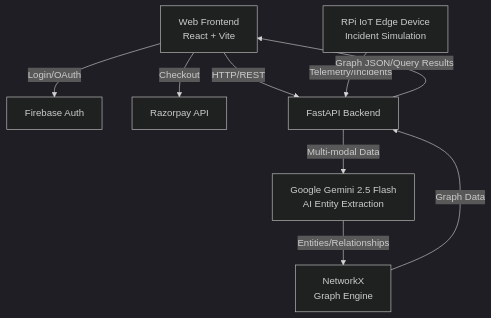
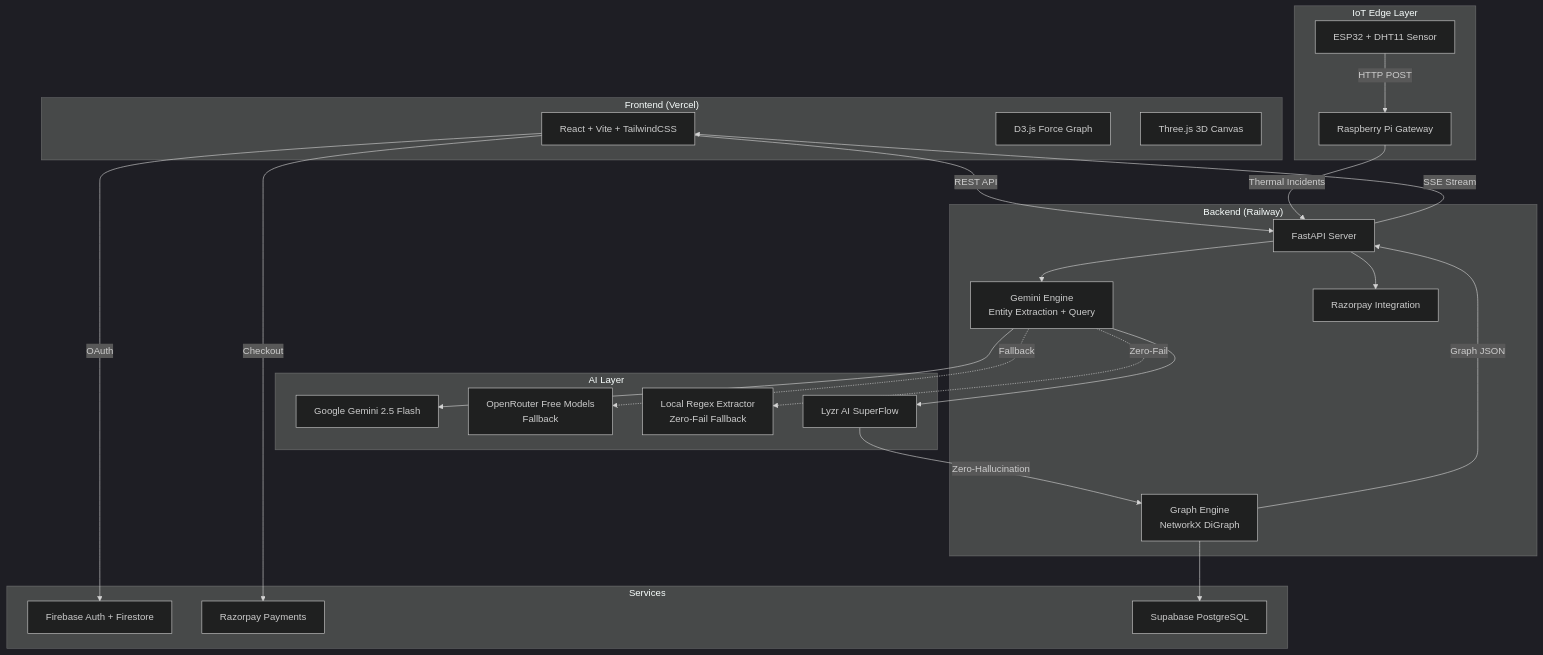
Before and after one commit to hemant12578/nexusiq: the diagram in README.md, drawn with Mermaid (dark theme). The commit also changed other lines of this file and 29 other files, not shown here.

````diff
--- a/README.md
+++ b/README.md
@@ -49,29 +76,49 @@
 ```mermaid
 graph TD
-    %% User Interfaces
-    Client[Web Frontend<br/>React + Vite]
-    IoT[RPi IoT Edge Device<br/>Incident Simulation]
+    subgraph "Frontend (Vercel)"
+        UI[React + Vite + TailwindCSS]
+        D3[D3.js Force Graph]
+        THREE[Three.js 3D Canvas]
+    end
 
-    %% Authentication & Payments
-    Auth[Firebase Auth]
-    Payment[Razorpay API]
-    
-    %% API Gateway / Backend
-    Backend[FastAPI Backend]
+    subgraph "Backend (Railway)"
+        API[FastAPI Server]
+        GE[Gemini Engine<br/>Entity Extraction + Query]
+        GR[Graph Engine<br/>NetworkX DiGraph]
+        RZ[Razorpay Integration]
+    end
 
-    %% AI & Processing Services
-    Gemini[Google Gemini 2.5 Flash<br/>AI Entity Extraction]
-    GraphEngine[NetworkX<br/>Graph Engine]
-    
-    %% Connections
-    Client -- "HTTP/REST" --> Backend
-    Client -- "Login/OAuth" --> Auth
-    Client -- "Checkout" --> Payment
-    IoT -- "Telemetry/Incidents" --> Backend
-    
-    Backend -- "Multi-modal Data" --> Gemini
-    Gemini -- "Entities/Relationships" --> GraphEngine
-    GraphEngine -- "Graph Data" --> Backend
-    
-    Backend -- "Graph JSON/Query Results" --> Client
+    subgraph "AI Layer"
+        GEMINI[Google Gemini 2.5 Flash]
+        OR[OpenRouter Free Models<br/>Fallback]
+        REGEX[Local Regex Extractor<br/>Zero-Fail Fallback]
+        LYZR[Lyzr AI SuperFlow]
+    end
+
+    subgraph "IoT Edge Layer"
+        ESP[ESP32 + DHT11 Sensor]
+        RPI[Raspberry Pi Gateway]
+    end
+
+    subgraph "Services"
+        FB[Firebase Auth + Firestore]
+        RP[Razorpay Payments]
+        SUP[Supabase PostgreSQL]
+    end
+
+    UI -->|REST API| API
+    UI -->|OAuth| FB
+    UI -->|Checkout| RP
+    API --> GE
+    GE --> GEMINI
+    GE -.->|Fallback| OR
+    GE -.->|Zero-Fail| REGEX
+    GE --> LYZR
+    LYZR --> |Zero-Hallucination| GR
+    GR --> SUP
+    API --> RZ
+    ESP -->|HTTP POST| RPI
+    RPI -->|Thermal Incidents| API
+    API -->|SSE Stream| UI
+    GR -->|Graph JSON| API
 ```
````
